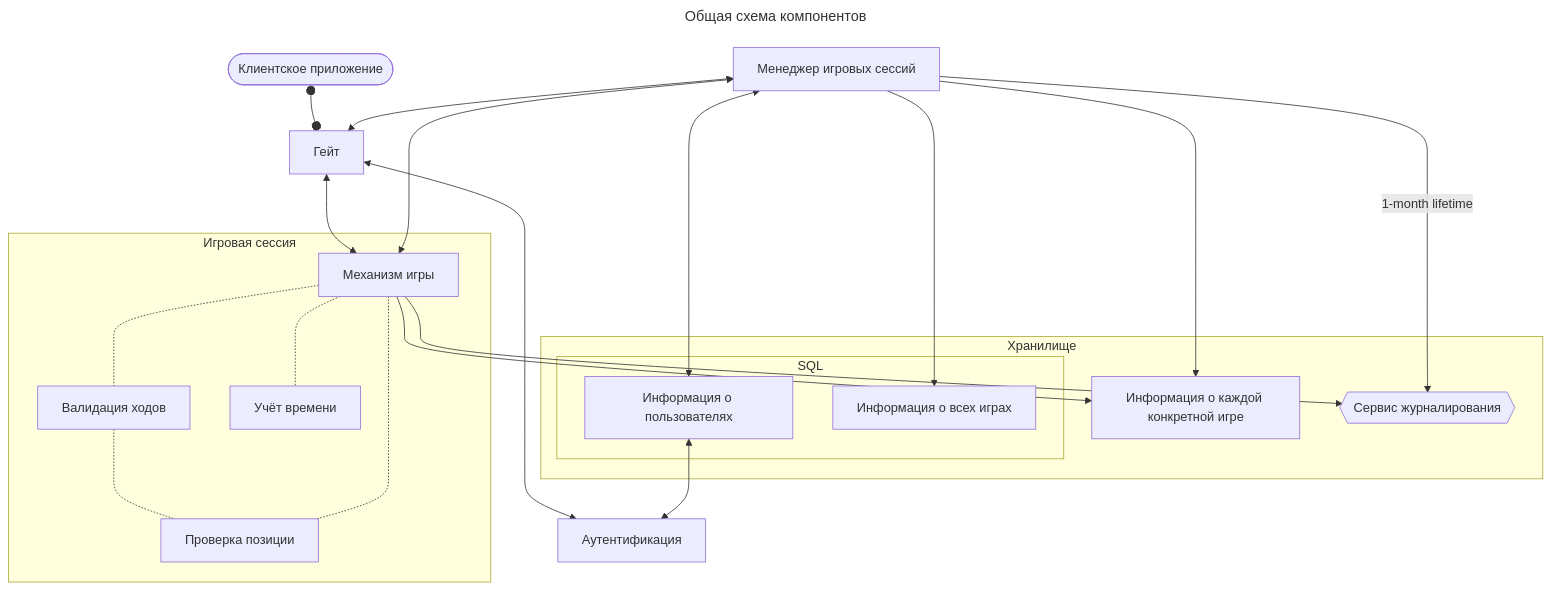
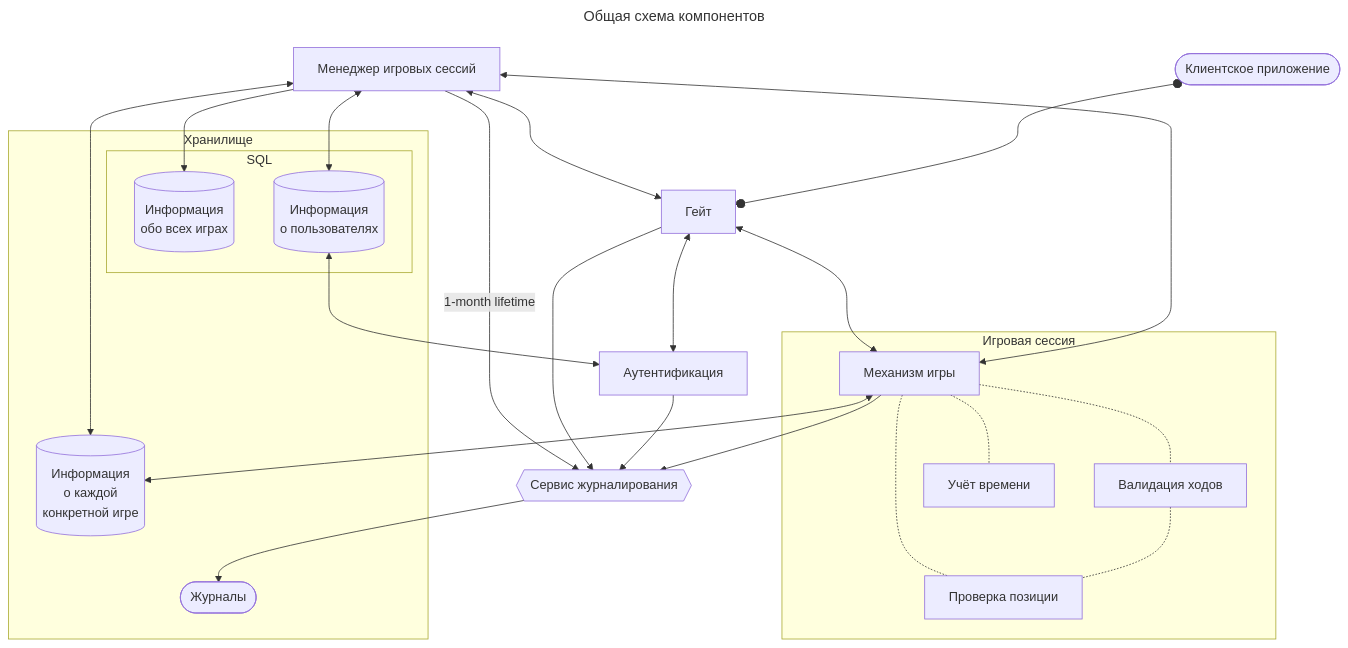
Before and after one commit to sadmadrus/chessBox: the diagram in docs/arch.md, drawn with Mermaid.

Commit message:
больше ясности

````diff
--- a/docs/arch.md
+++ b/docs/arch.md
@@ -4,35 +4,46 @@
 ```mermaid
 ---
 title: Общая схема компонентов
 ---
 flowchart TD
     Client([Клиентское приложение])
     Gate[Гейт]
     Auth[Аутентификация]
     GS[Менеджер игровых сессий]
     subgraph ChessGame[Игровая сессия]
         Game[Механизм игры]
+        Position[Проверка позиции]
         MoveValidator[Валидация ходов]
-        Position[Проверка позиции]
         Timing[Учёт времени]
         Game -.- Timing
-        Game -.- MoveValidator -.- Position -.- Game
+        Game -.- Position
+        Game -.- MoveValidator
+        MoveValidator-.- Position
     end
     subgraph Repository[Хранилище]
         subgraph SQL[SQL]
-            User[Информация о пользователях]
-            GamesInfo[Информация о всех играх]
+            GamesInfo[("`Информация
+            обо всех играх`")]
+            User[("`Информация
+            о пользователях`")]
         end
-        GameDetail[Информация о каждой конкретной игре]
+        GameDetail[("`Информация
+        о каждой
+        конкретной игре`")]
+        LogStorage([Журналы])
+    end
         Logs{{Сервис журналирования}}
-    end
-    Client o--o Gate <--> Auth 
+    Gate <--> Auth 
     GS <--> Gate
     GS <--> User <--> Auth
     GS -- 1-month lifetime --> Logs
     Gate <--> Game --> Logs
+    Client o--o Gate
     GS <--> Game
     GS --> GamesInfo
-    GS --> GameDetail
-    Game --> GameDetail
+    GS <--> GameDetail
+    Game <--> GameDetail
+    Gate --> Logs
+    Auth --> Logs
+    Logs --> LogStorage
 ```
````
